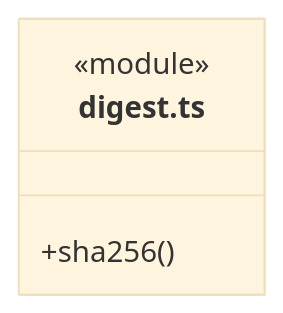
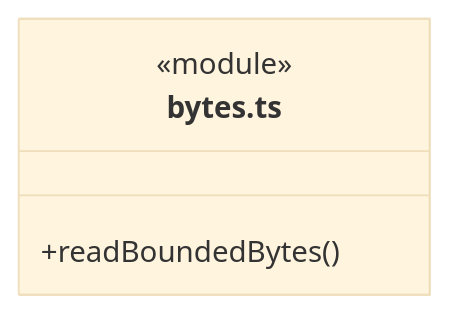
The second of 9 diagrams in src/foundations/utility/ARCHITECTURE.md (nan023062/cbim), drawn with Mermaid (base theme) before and after one commit. The commit also changed other lines of this file and 28 other files, not shown here.

````diff
--- a/src/foundations/utility/ARCHITECTURE.md
+++ b/src/foundations/utility/ARCHITECTURE.md
@@ -54,7 +47,7 @@
 ```mermaid
 classDiagram
-class N_src_foundations_utility_digest_ts["digest.ts"] {
+class N_src_foundations_utility_bytes_ts["bytes.ts"] {
   <<module>>
-  +sha256()
+  +readBoundedBytes()
 }
 ```
````
